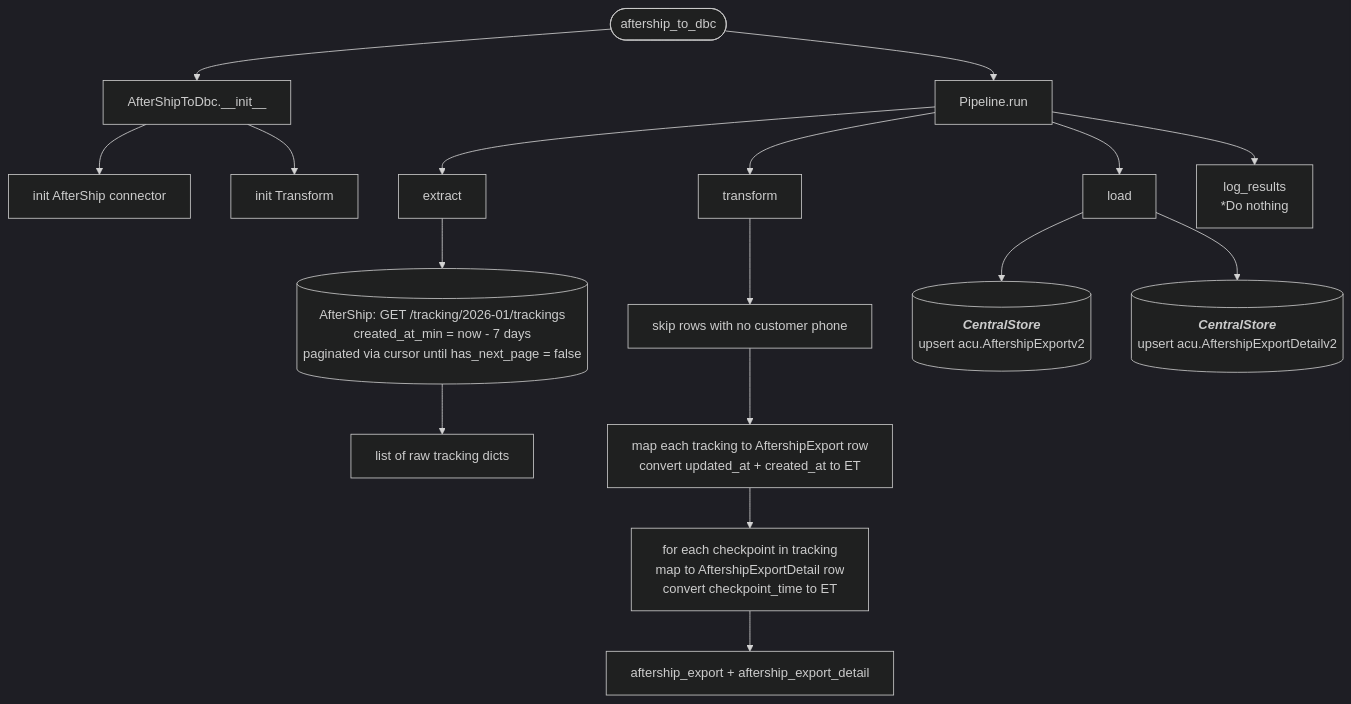
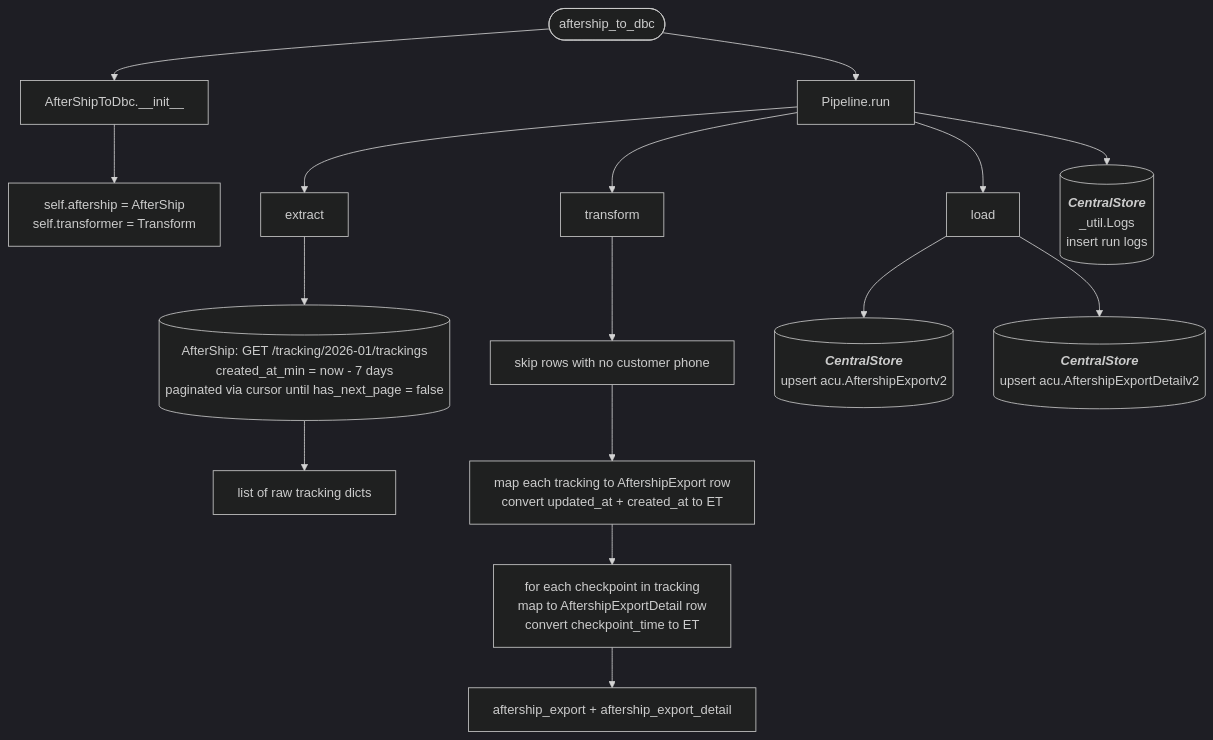
The diagram in docs/pipelines/aftership_to_dbc.md (journeyhl/integration-platform), drawn with Mermaid (dark theme) before and after one commit. The commit also changed 25 other files, not shown here.

````diff
--- a/docs/pipelines/aftership_to_dbc.md
+++ b/docs/pipelines/aftership_to_dbc.md
@@ -1,32 +1,37 @@
 ```mermaid
 %%{init: {"flowchart": {"wrappingWidth": 400}}}%%
 flowchart TD
     A([aftership_to_dbc]) --> B[AfterShipToDbc.__init__]
-    B --> B1[init AfterShip connector]
-    B --> B2[init Transform]
+    B --> B1[
+        self.aftership = AfterShip
+        self.transformer = Transform
+    ]
     A --> RUN[Pipeline.run]
 
     RUN --> EX[extract]
     EX --> AS[(AfterShip: GET /tracking/2026-01/trackings
     created_at_min = now - 7 days
     paginated via cursor until has_next_page = false)]
     AS --> EX_OUT[list of raw tracking dicts]
 
     RUN --> TR[transform]
     TR --> T1[skip rows with no customer phone]
     T1 --> T2[map each tracking to AftershipExport row<br/>convert updated_at + created_at to ET]
     T2 --> T3[for each checkpoint in tracking<br/>map to AftershipExportDetail row<br/>convert checkpoint_time to ET]
     T3 --> TR_OUT[aftership_export + aftership_export_detail]
 
     RUN --> LD[load]
     LD --> CS1[(
         <b><i>CentralStore</i></b>
         upsert acu.AftershipExportv2
     )]
     LD --> CS2[(
         <b><i>CentralStore</i></b>
         upsert acu.AftershipExportDetailv2
     )]
 
-    RUN --> LR[log_results<br/>*Do nothing]
+    RUN --> LOGS[(
+        <b><i>CentralStore</i></b>
+        _util.Logs<br/>insert run logs
+    )]
 ```
````
